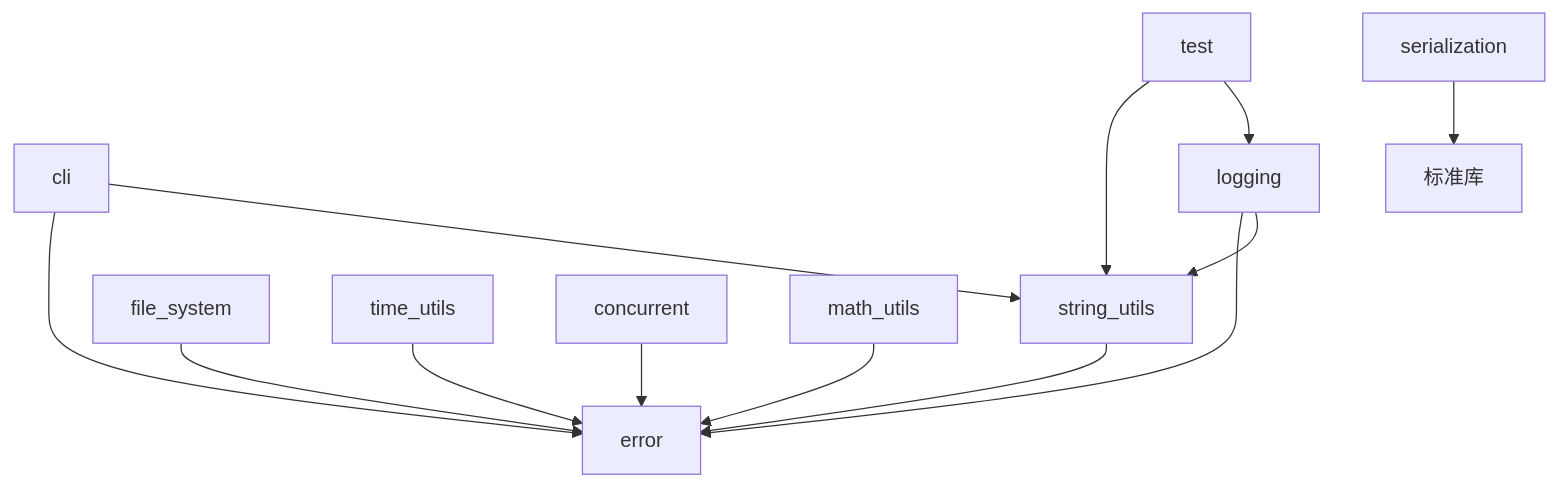
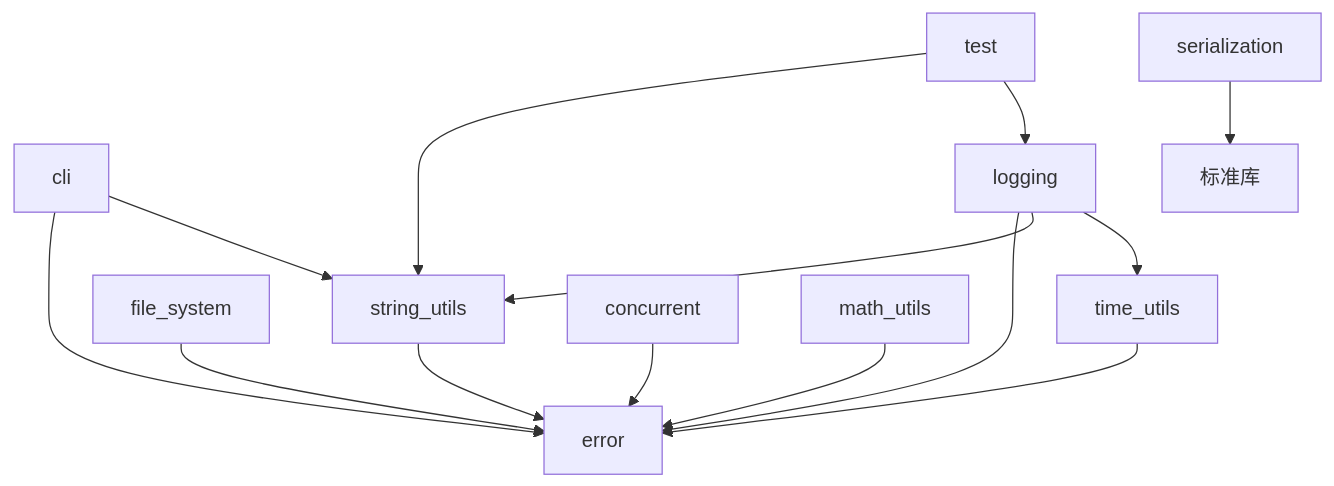
The diagram in docs/PROJECT_ASSESSMENT.md (keosu/cppx), drawn with Mermaid before and after one commit. The commit also changed other lines of this file and 72 other files, not shown here.

````diff
--- a/docs/PROJECT_ASSESSMENT.md
+++ b/docs/PROJECT_ASSESSMENT.md
@@ -19,15 +23,16 @@
 ```mermaid
 flowchart TD
     string[string_utils] --> error
     fs[file_system] --> error
     time[time_utils] --> error
     concurrent --> error
     math[math_utils] --> error
     cli --> string
     cli --> error
+    logging --> time
     logging --> string
     logging --> error
     test --> logging
     test --> string
     serialization --> std[标准库]
 ```
````
